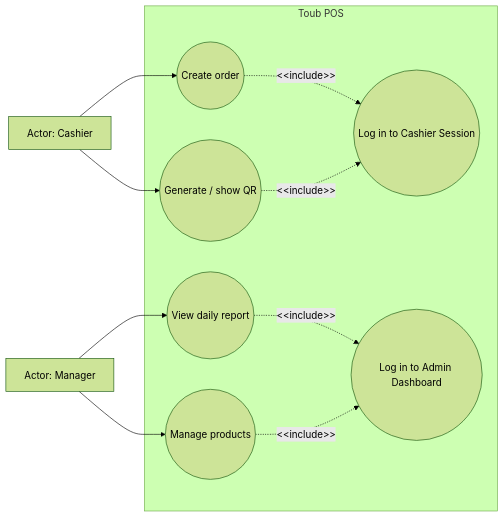
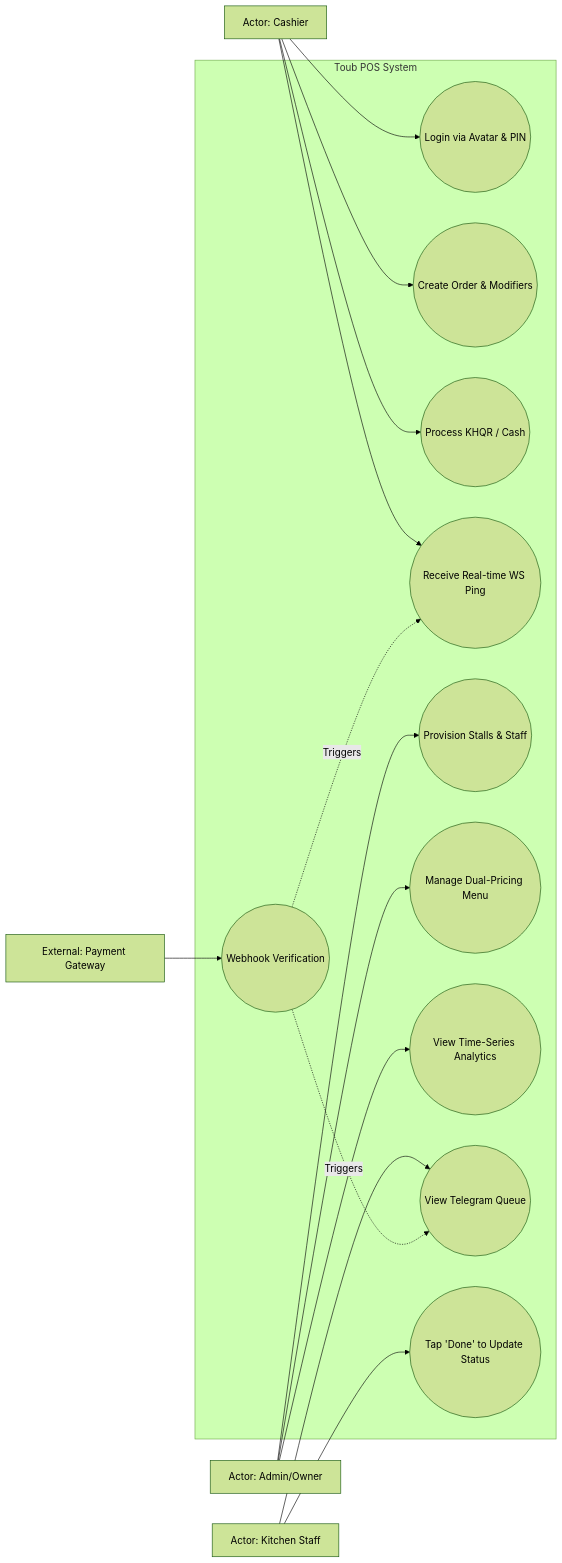
One commit to sothyvan/TOUB_POS changed the first of 5 diagrams in context/software-engineering.md. Above: the diagram before and after it, drawn with Mermaid (forest theme). The commit also changed other lines of this file and 11 other files, not shown here.

````diff
--- a/context/software-engineering.md
+++ b/context/software-engineering.md
@@ -168,29 +168,44 @@
 ```mermaid
 flowchart LR
   Cashier[Actor: Cashier]
-  Manager[Actor: Manager]
+  Manager[Actor: Admin/Owner]
+  Cook[Actor: Kitchen Staff]
+  Gateway[External: Payment Gateway]
 
-  subgraph System[Toub POS]
+  subgraph SystemBoundary[Toub POS System]
     %% Cashier Flow
-    UC1_Cashier((Log in to Cashier Session))
-    UC2((Create order))
-    UC3((Generate / show QR))
+    UC1((Login via Avatar & PIN))
+    UC2((Create Order & Modifiers))
+    UC3((Process KHQR / Cash))
+    UC4((Receive Real-time WS Ping))
     
     %% Manager Flow
-    UC1_Admin((Log in to Admin Dashboard))
-    UC5((View daily report))
-    UC6((Manage products))
+    UC5((Provision Stalls & Staff))
+    UC6((Manage Dual-Pricing Menu))
+    UC7((View Time-Series Analytics))
+
+    %% Kitchen Flow
+    UC8((View Telegram Queue))
+    UC9((Tap 'Done' to Update Status))
+
+    %% System Flow
+    UC10((Webhook Verification))
   end
 
-  %% Cashier Connections
+  %% Connections
+  Cashier --> UC1
   Cashier --> UC2
   Cashier --> UC3
-  UC2 .->|&lt;&lt;include&gt;&gt;| UC1_Cashier
-  UC3 .->|&lt;&lt;include&gt;&gt;| UC1_Cashier
+  Cashier --> UC4
 
-  %% Manager Connections
   Manager --> UC5
   Manager --> UC6
-  UC5 .->|&lt;&lt;include&gt;&gt;| UC1_Admin
-  UC6 .->|&lt;&lt;include&gt;&gt;| UC1_Admin
+  Manager --> UC7
+
+  Cook --> UC8
+  Cook --> UC9
+
+  Gateway --> UC10
+  UC10 -.->|Triggers| UC4
+  UC10 -.->|Triggers| UC8
 ```
````
